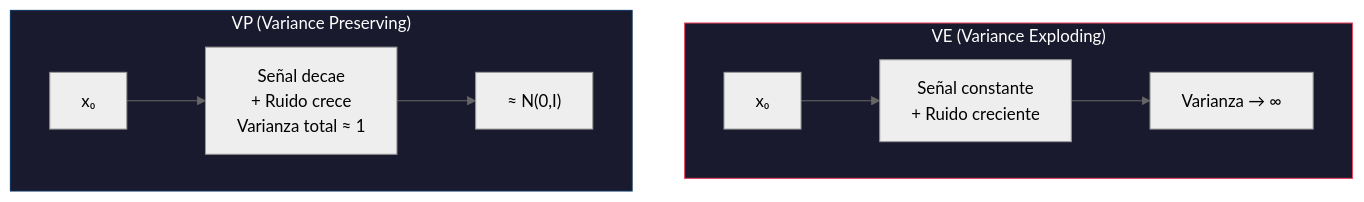
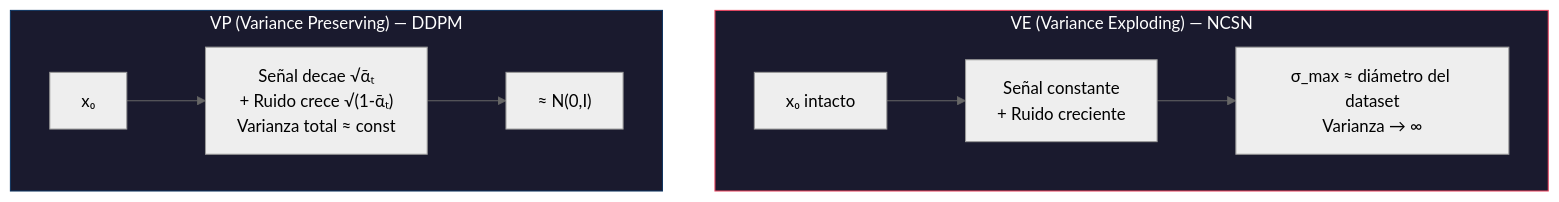
Before and after one commit to DavidDevGt/DifusionReal: the second of 4 diagrams in 04-score-models/README.md, drawn with Mermaid (neutral theme). The commit also changed other lines of this file, not shown here.

````diff
--- a/04-score-models/README.md
+++ b/04-score-models/README.md
@@ -170,15 +243,15 @@
 ```mermaid
 graph TB
-    subgraph VE ["VE (Variance Exploding)"]
-        VE1["x₀"] --> VE2["Señal constante<br/>+ Ruido creciente"]
-        VE2 --> VE3["Varianza → ∞"]
+    subgraph VE ["VE (Variance Exploding) — NCSN"]
+        VE1["x₀ intacto"] --> VE2["Señal constante<br/>+ Ruido creciente"]
+        VE2 --> VE3["σ_max ≈ diámetro del dataset<br/>Varianza → ∞"]
     end
 
-    subgraph VP ["VP (Variance Preserving)"]
-        VP1["x₀"] --> VP2["Señal decae<br/>+ Ruido crece<br/>Varianza total ≈ 1"]
+    subgraph VP ["VP (Variance Preserving) — DDPM"]
+        VP1["x₀"] --> VP2["Señal decae √ᾱₜ<br/>+ Ruido crece √(1-ᾱₜ)<br/>Varianza total ≈ const"]
         VP2 --> VP3["≈ N(0,I)"]
     end
 
     style VE fill:#1a1a2e,stroke:#e94560,color:#fff
     style VP fill:#1a1a2e,stroke:#0f3460,color:#fff
 ```
````
